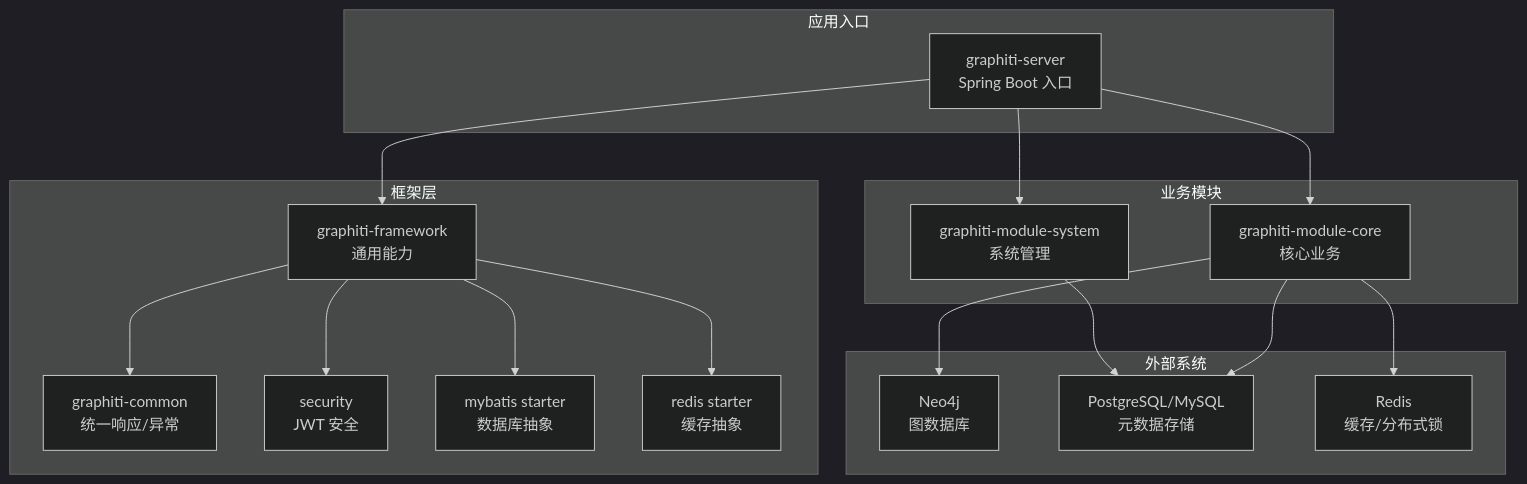
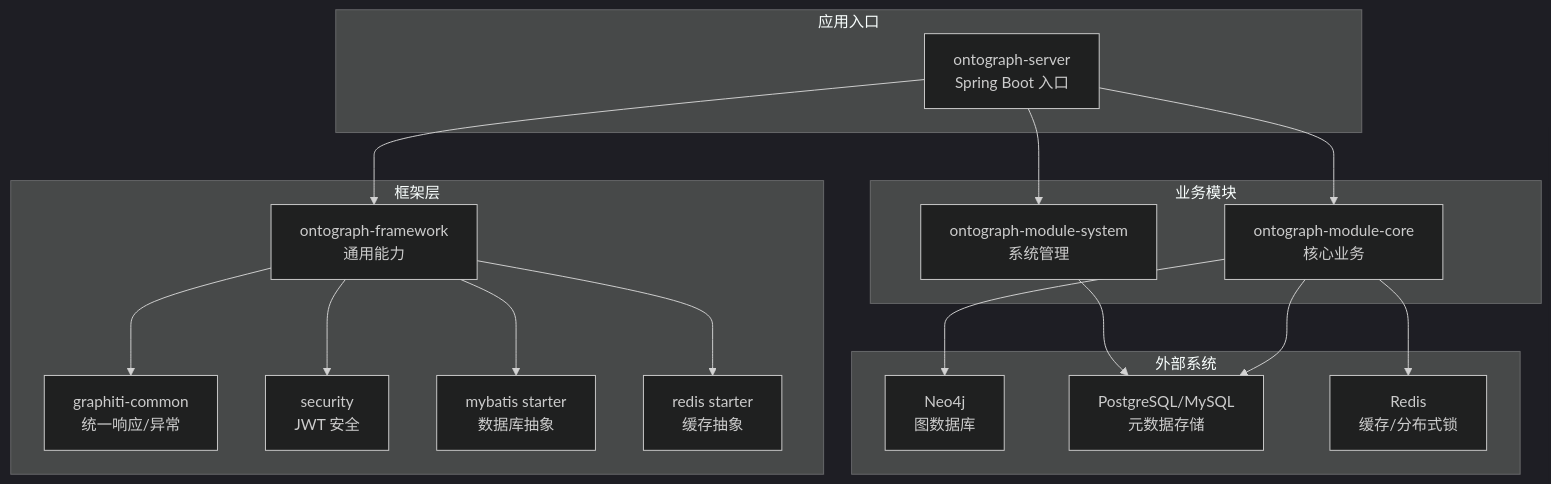
One commit to joezxh/graphiti-java changed the first of 4 diagrams in docs/manual/最佳实践/架构设计实践.md. Above: the diagram before and after it, drawn with Mermaid (dark theme). The commit also changed other lines of this file and 200 other files, not shown here.

````diff
--- a/docs/manual/最佳实践/架构设计实践.md
+++ b/docs/manual/最佳实践/架构设计实践.md
@@ -44,33 +44,33 @@
 ```mermaid
 graph TB
 subgraph "应用入口"
-S["graphiti-server<br/>Spring Boot 入口"]
+S["ontograph-server<br/>Spring Boot 入口"]
 end
 subgraph "框架层"
-F1["graphiti-framework<br/>通用能力"]
+F1["ontograph-framework<br/>通用能力"]
 F2["graphiti-common<br/>统一响应/异常"]
 F3["security<br/>JWT 安全"]
 F4["mybatis starter<br/>数据库抽象"]
 F5["redis starter<br/>缓存抽象"]
 end
 subgraph "业务模块"
-M1["graphiti-module-system<br/>系统管理"]
-M2["graphiti-module-core<br/>核心业务"]
+M1["ontograph-module-system<br/>系统管理"]
+M2["ontograph-module-core<br/>核心业务"]
 end
 subgraph "外部系统"
 DB1["Neo4j<br/>图数据库"]
 DB2["PostgreSQL/MySQL<br/>元数据存储"]
 CACHE["Redis<br/>缓存/分布式锁"]
 end
 S --> F1
 F1 --> F2
 F1 --> F3
 F1 --> F4
 F1 --> F5
 S --> M1
 S --> M2
 M1 --> DB2
 M2 --> DB1
 M2 --> DB2
 M2 --> CACHE
 ```
````
